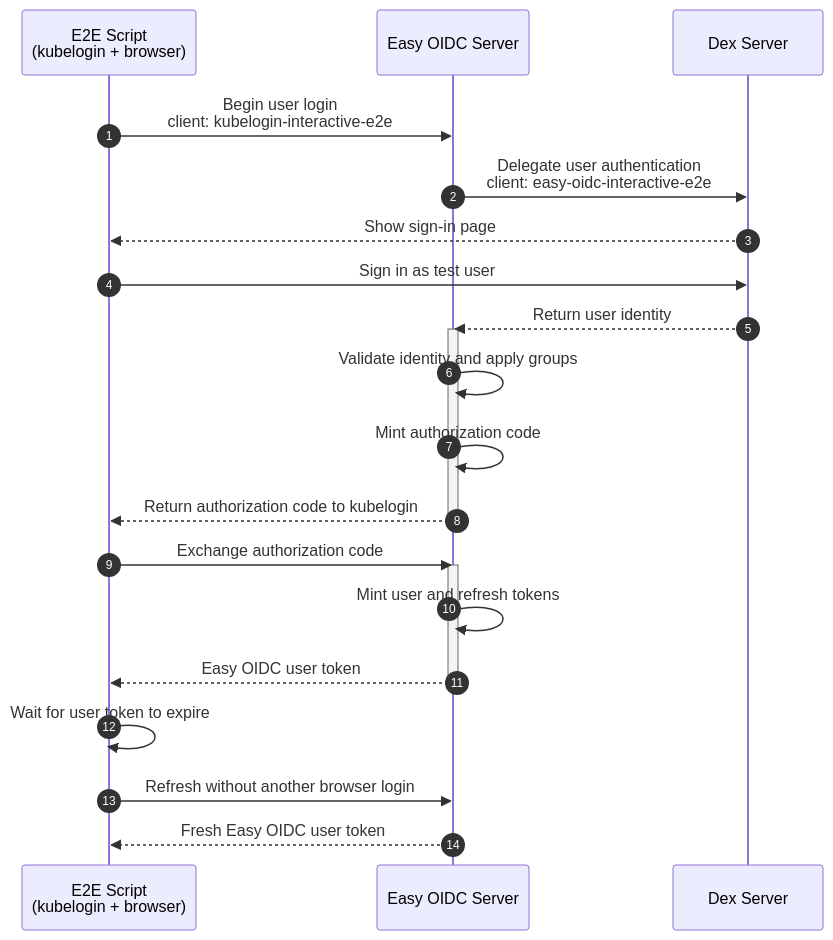
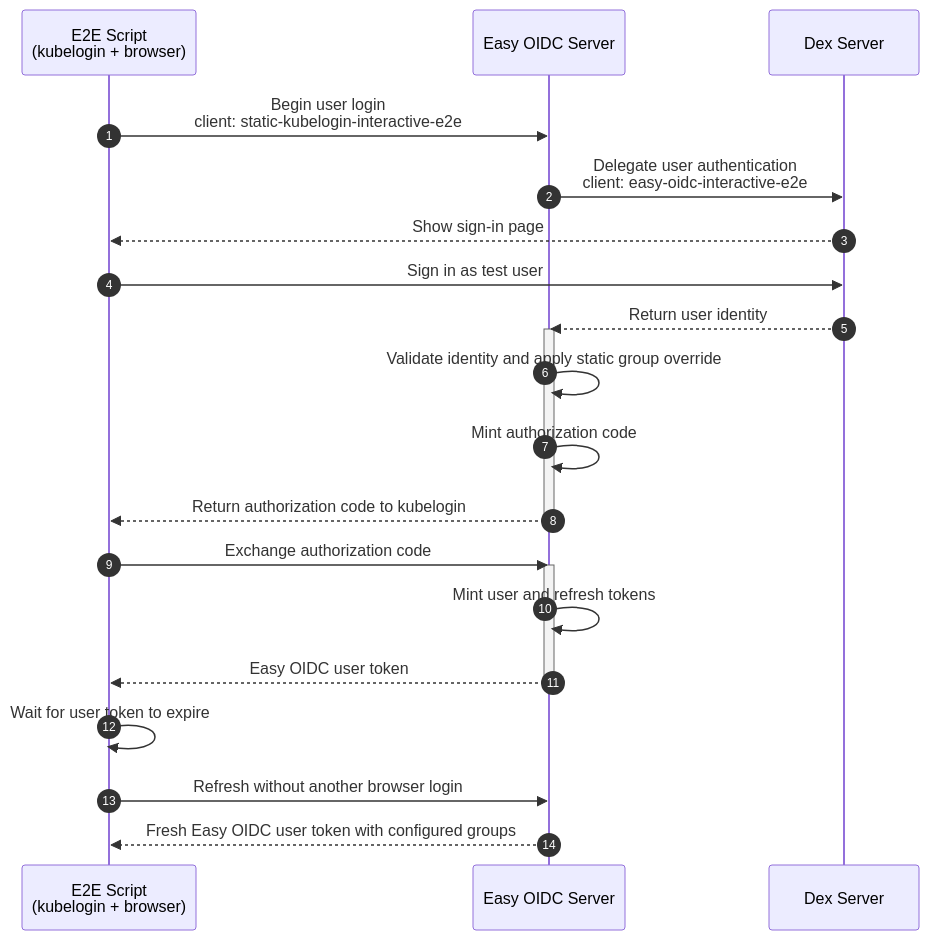
Before and after one commit to easy-oidc/easy-oidc: the second of 4 diagrams in scripts/e2e/README.md, drawn with Mermaid. The commit also changed other lines of this file and 51 other files, not shown here.

````diff
--- a/scripts/e2e/README.md
+++ b/scripts/e2e/README.md
@@ -31,26 +33,26 @@
 ```mermaid
 sequenceDiagram
     autonumber
     participant Script as E2E Script<br/>(kubelogin + browser)
     participant Easy as Easy OIDC Server
     participant Dex as Dex Server
 
-    Script->>Easy: Begin user login<br/>client: kubelogin-interactive-e2e
+    Script->>Easy: Begin user login<br/>client: static-kubelogin-interactive-e2e
     Easy->>Dex: Delegate user authentication<br/>client: easy-oidc-interactive-e2e
     Dex-->>Script: Show sign-in page
     Script->>Dex: Sign in as test user
     Dex-->>Easy: Return user identity
     activate Easy
-    Easy->>Easy: Validate identity and apply groups
+    Easy->>Easy: Validate identity and apply static group override
     Easy->>Easy: Mint authorization code
     Easy-->>Script: Return authorization code to kubelogin
     deactivate Easy
     Script->>Easy: Exchange authorization code
     activate Easy
     Easy->>Easy: Mint user and refresh tokens
     Easy-->>Script: Easy OIDC user token
     deactivate Easy
     Script->>Script: Wait for user token to expire
     Script->>Easy: Refresh without another browser login
-    Easy-->>Script: Fresh Easy OIDC user token
+    Easy-->>Script: Fresh Easy OIDC user token with configured groups
 ```
````
